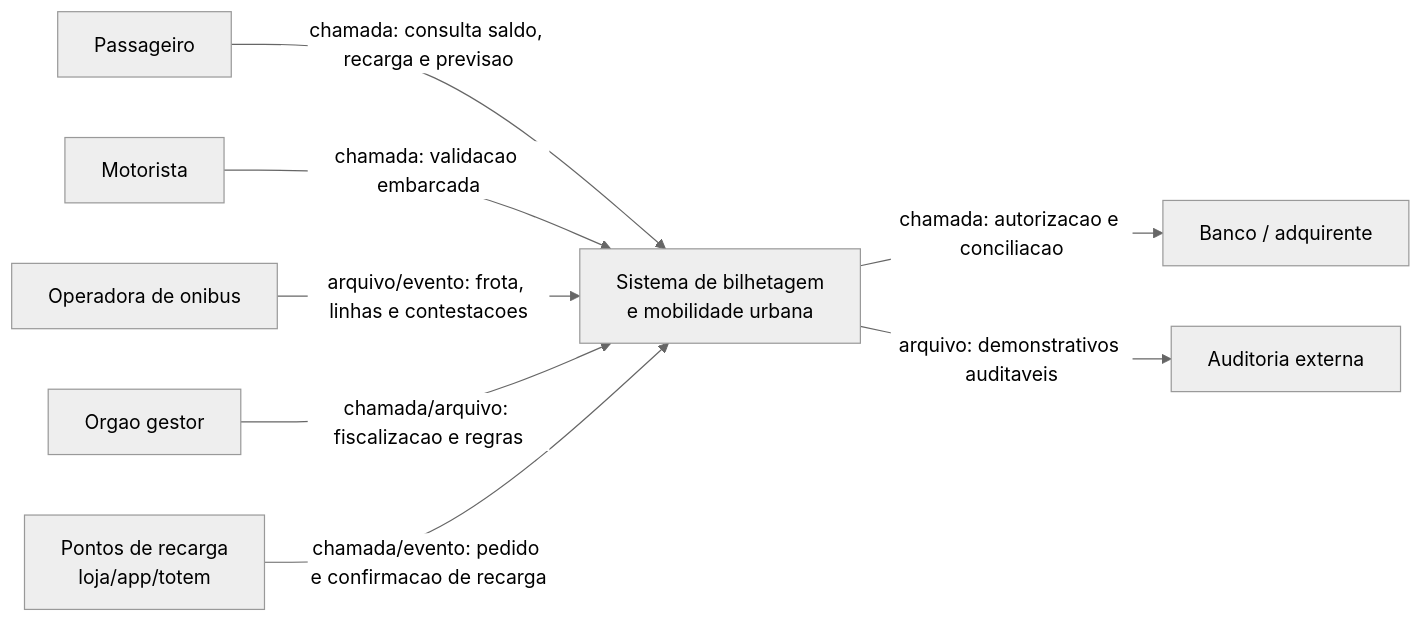
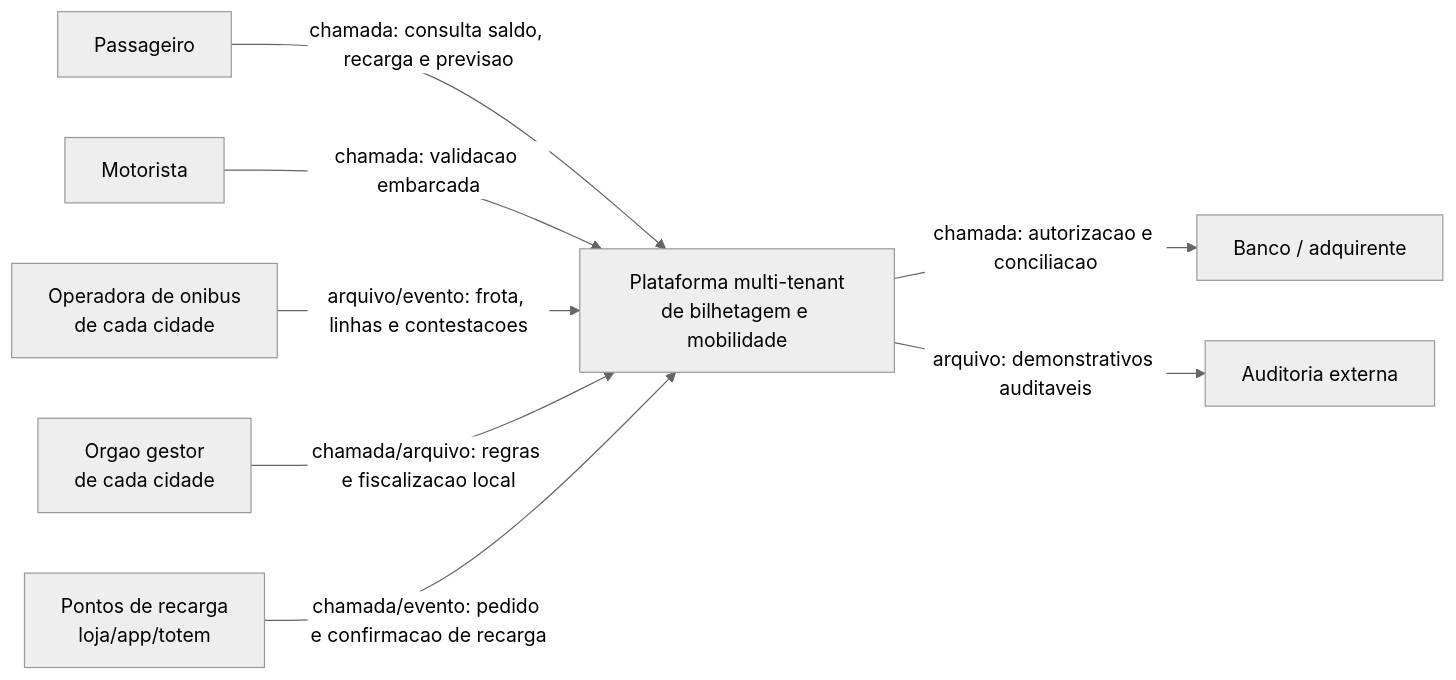
Before and after one commit to Hector-Lopes/PAS-Grupo-7: the diagram in 2-arquitetura/c4-contexto.md, drawn with Mermaid (neutral theme). The commit also changed 16 other files, not shown here.

````diff
--- a/2-arquitetura/c4-contexto.md
+++ b/2-arquitetura/c4-contexto.md
@@ -3,20 +3,20 @@
 ```mermaid
 flowchart LR
     passageiro["Passageiro"]
     motorista["Motorista"]
-    operador["Operadora de onibus"]
-    gestor["Orgao gestor"]
+    operador["Operadora de onibus\nde cada cidade"]
+    gestor["Orgao gestor\nde cada cidade"]
     recarga["Pontos de recarga\nloja/app/totem"]
     banco["Banco / adquirente"]
     auditoria["Auditoria externa"]
 
-    sistema["Sistema de bilhetagem\ne mobilidade urbana"]
+    sistema["Plataforma multi-tenant\nde bilhetagem e mobilidade"]
 
     passageiro -- "chamada: consulta saldo, recarga e previsao" --> sistema
     motorista -- "chamada: validacao embarcada" --> sistema
     operador -- "arquivo/evento: frota, linhas e contestacoes" --> sistema
-    gestor -- "chamada/arquivo: fiscalizacao e regras" --> sistema
+    gestor -- "chamada/arquivo: regras e fiscalizacao local" --> sistema
     recarga -- "chamada/evento: pedido e confirmacao de recarga" --> sistema
     sistema -- "chamada: autorizacao e conciliacao" --> banco
     sistema -- "arquivo: demonstrativos auditaveis" --> auditoria
 ```
````
